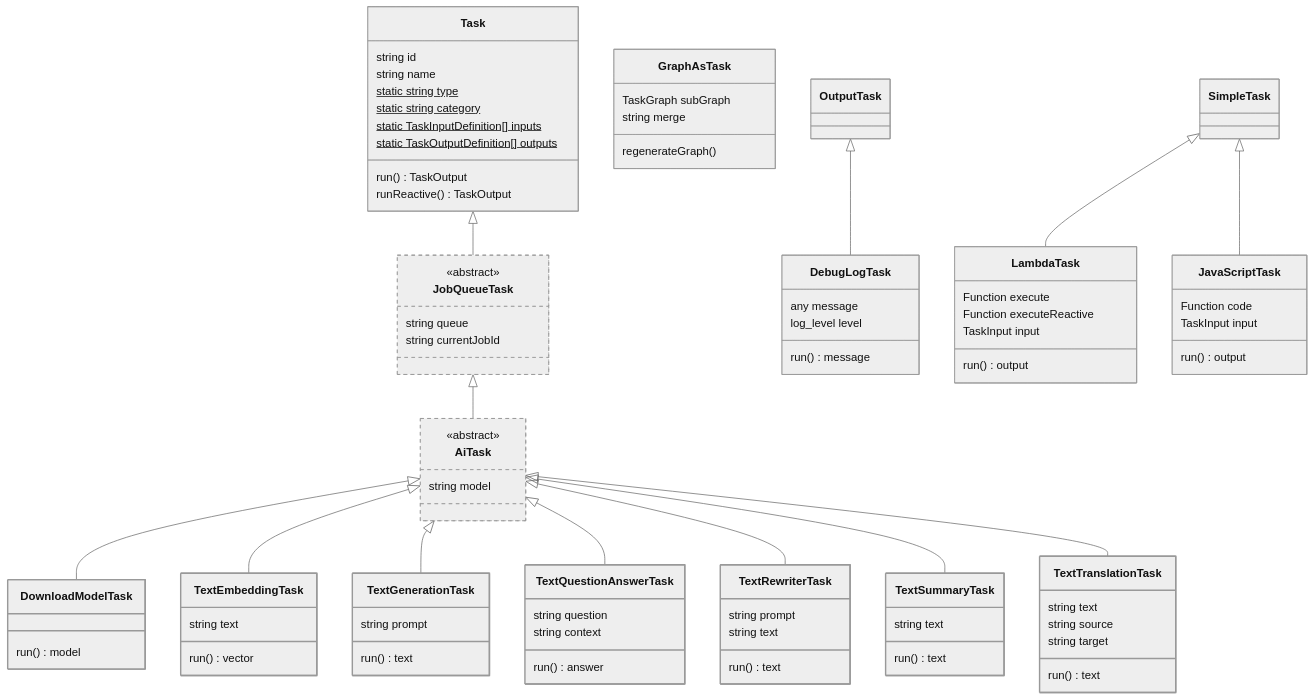
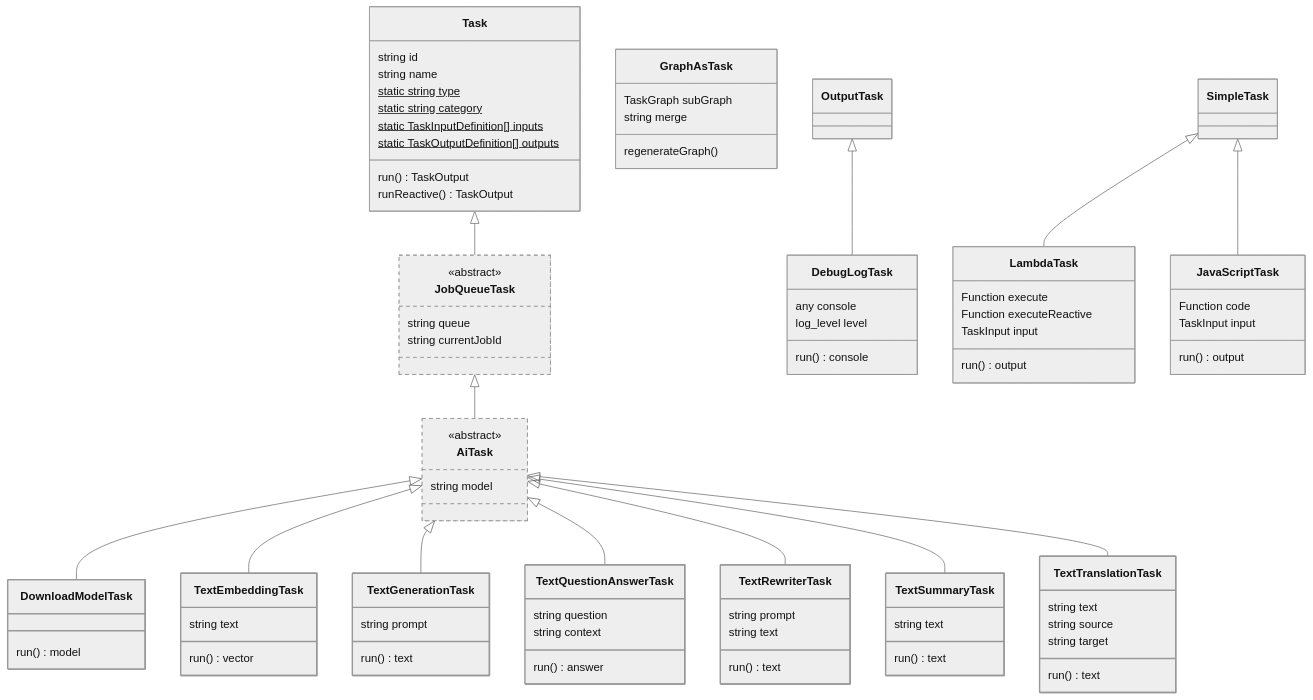
The second of 5 diagrams in docs/developers/02_architecture.md (PodleyAI/podley), drawn with Mermaid (neutral theme) before and after one commit. The commit also changed other lines of this file and 16 other files, not shown here.

```diff
--- a/docs/developers/02_architecture.md
+++ b/docs/developers/02_architecture.md
@@ -194,9 +194,9 @@
   style TextTranslationTask type:model,stroke-width:2px
 
   class DebugLogTask{
-    any message
+    any console
     log_level level
-    run() message
+    run() console
   }
   OutputTask <|-- DebugLogTask
   style DebugLogTask type:output,stroke-width:1px
```
